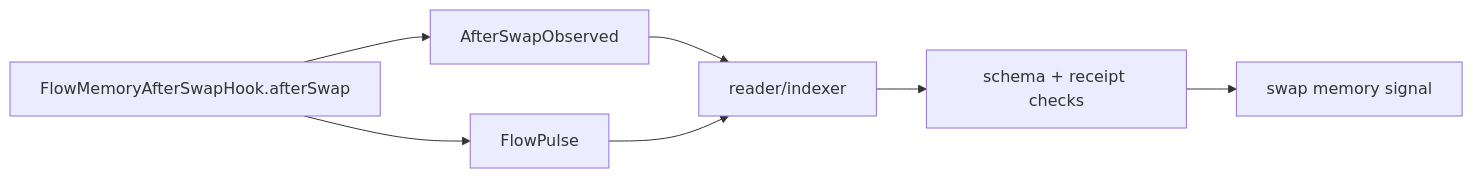
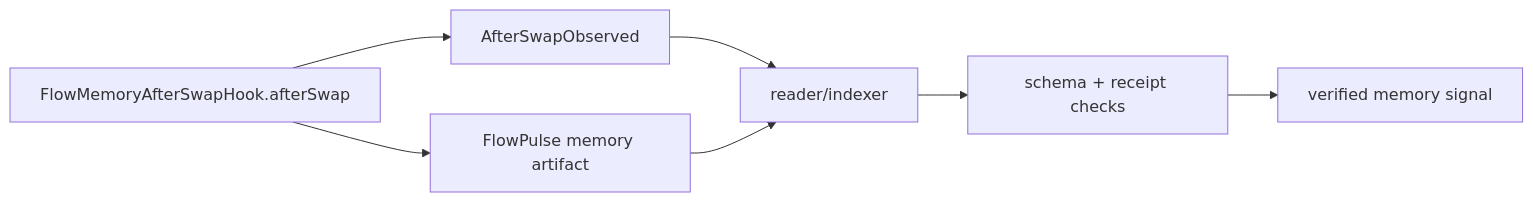
One commit to FlowmemoryAI/flowmemory-uniswap-v4-hooks changed the first of 2 diagrams in docs/EVENT_MODEL.md. Above: the diagram before and after it, drawn with Mermaid. The commit also changed other lines of this file and 22 other files, not shown here.

Commit message:
Reposition hook repo as memory-native primitive

````diff
--- a/docs/EVENT_MODEL.md
+++ b/docs/EVENT_MODEL.md
@@ -12,9 +18,9 @@
 ```mermaid
 flowchart LR
     Hook["FlowMemoryAfterSwapHook.afterSwap"] --> Local["AfterSwapObserved"]
-    Hook --> Pulse["FlowPulse"]
+    Hook --> Pulse["FlowPulse memory artifact"]
     Local --> Reader["reader/indexer"]
     Pulse --> Reader
     Reader --> Checks["schema + receipt checks"]
-    Checks --> Signal["swap memory signal"]
+    Checks --> Signal["verified memory signal"]
 ```
````
